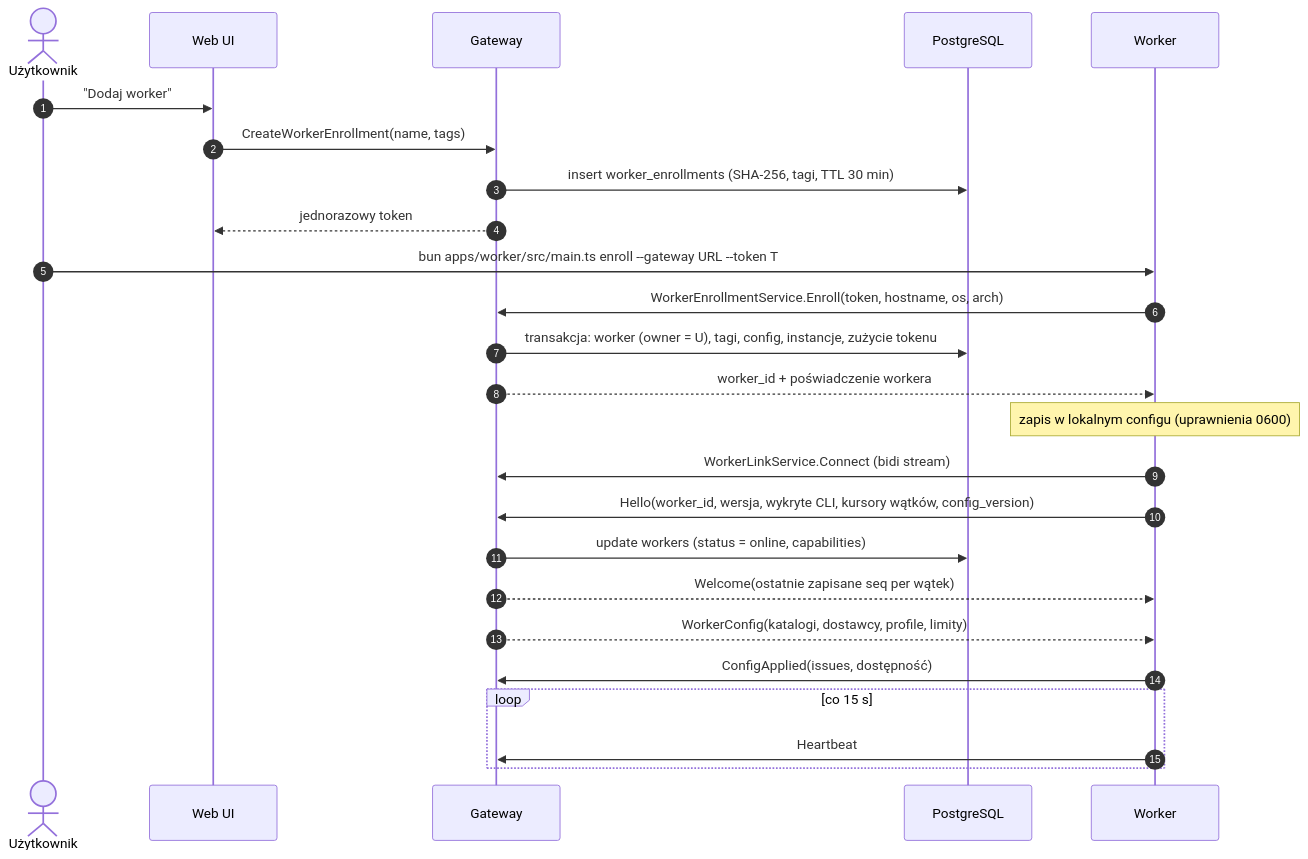
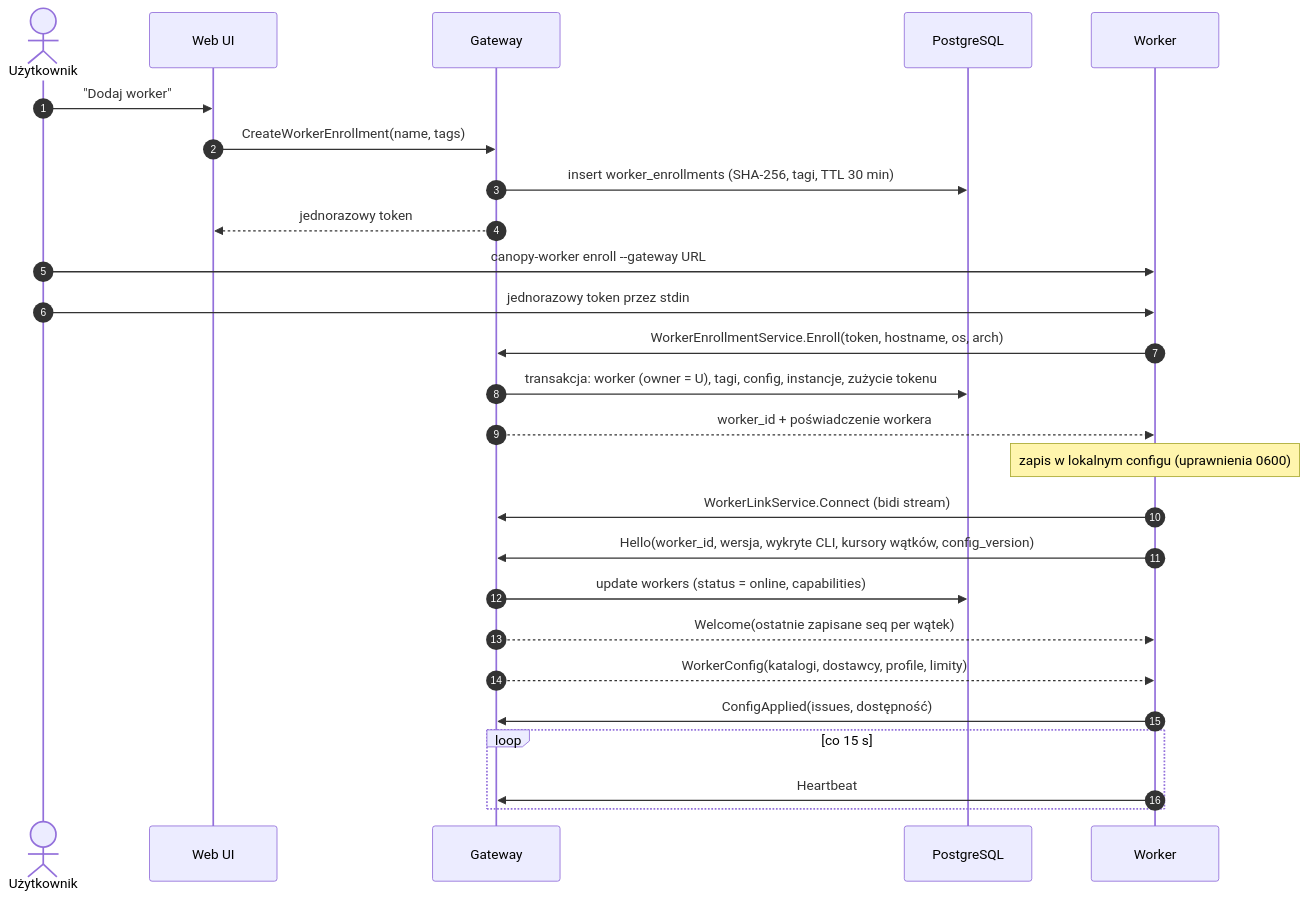
Before and after one commit to itsoltech/canopy: the fifth of 8 diagrams in docs/architecture.md, drawn with Mermaid. The commit also changed 305 other files, not shown here.

````diff
--- a/docs/architecture.md
+++ b/docs/architecture.md
@@ -332,28 +332,29 @@
 ```mermaid
 sequenceDiagram
     autonumber
     actor U as Użytkownik
     participant UI as Web UI
     participant GW as Gateway
     participant DB as PostgreSQL
     participant W as Worker
 
     U->>UI: "Dodaj worker"
     UI->>GW: CreateWorkerEnrollment(name, tags)
     GW->>DB: insert worker_enrollments (SHA-256, tagi, TTL 30 min)
     GW-->>UI: jednorazowy token
-    U->>W: bun apps/worker/src/main.ts enroll --gateway URL --token T
+    U->>W: canopy-worker enroll --gateway URL
+    U->>W: jednorazowy token przez stdin
     W->>GW: WorkerEnrollmentService.Enroll(token, hostname, os, arch)
     GW->>DB: transakcja: worker (owner = U), tagi, config, instancje, zużycie tokenu
     GW-->>W: worker_id + poświadczenie workera
     Note over W: zapis w lokalnym configu (uprawnienia 0600)
     W->>GW: WorkerLinkService.Connect (bidi stream)
     W->>GW: Hello(worker_id, wersja, wykryte CLI, kursory wątków, config_version)
     GW->>DB: update workers (status = online, capabilities)
     GW-->>W: Welcome(ostatnie zapisane seq per wątek)
     GW-->>W: WorkerConfig(katalogi, dostawcy, profile, limity)
     W->>GW: ConfigApplied(issues, dostępność)
     loop co 15 s
         W->>GW: Heartbeat
     end
 ```
````
